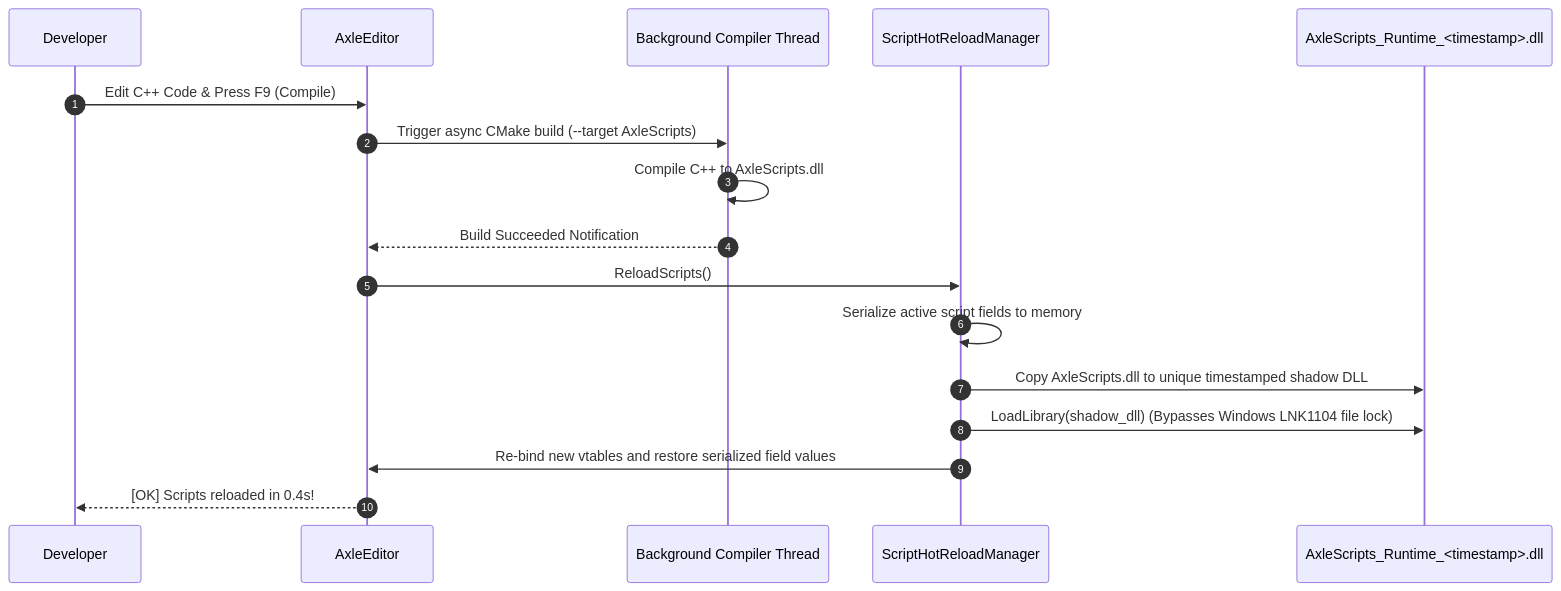
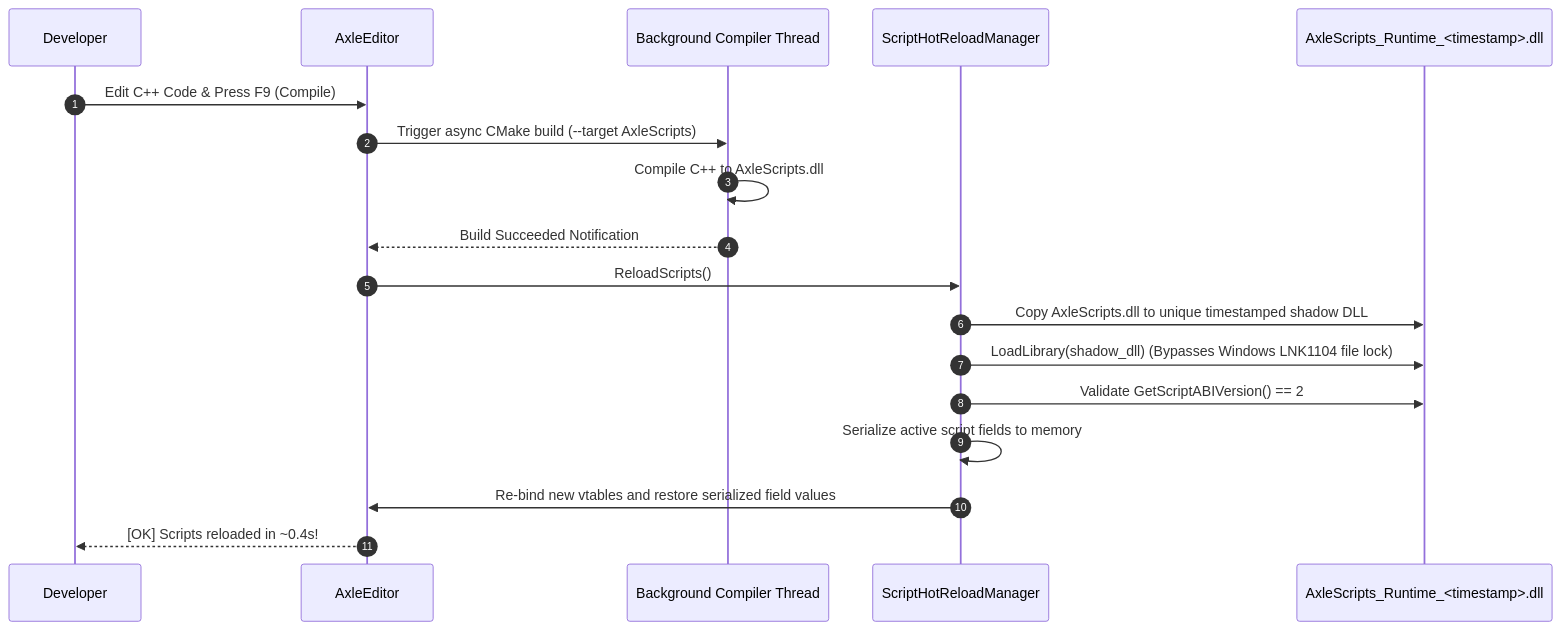
The diagram in docs/guides/SCRIPTING.md (nguyenphong0210/AxleEngine), drawn with Mermaid before and after one commit. The commit also changed other lines of this file and 22 other files, not shown here.

Commit message:
docs: standardize architecture guides and retire obsolete prompt archives

````diff
--- a/docs/guides/SCRIPTING.md
+++ b/docs/guides/SCRIPTING.md
@@ -125,20 +135,21 @@
 ```mermaid
 sequenceDiagram
     autonumber
     participant Dev as Developer
     participant Editor as AxleEditor
     participant Compiler as Background Compiler Thread
     participant Manager as ScriptHotReloadManager
     participant DLL as AxleScripts_Runtime_<timestamp>.dll
 
     Dev->>Editor: Edit C++ Code & Press F9 (Compile)
     Editor->>Compiler: Trigger async CMake build (--target AxleScripts)
     Compiler->>Compiler: Compile C++ to AxleScripts.dll
     Compiler-->>Editor: Build Succeeded Notification
     Editor->>Manager: ReloadScripts()
-    Manager->>Manager: Serialize active script fields to memory
     Manager->>DLL: Copy AxleScripts.dll to unique timestamped shadow DLL
     Manager->>DLL: LoadLibrary(shadow_dll) (Bypasses Windows LNK1104 file lock)
+    Manager->>DLL: Validate GetScriptABIVersion() == 2
+    Manager->>Manager: Serialize active script fields to memory
     Manager->>Editor: Re-bind new vtables and restore serialized field values
-    Editor-->>Dev: [OK] Scripts reloaded in 0.4s!
+    Editor-->>Dev: [OK] Scripts reloaded in ~0.4s!
 ```
````
